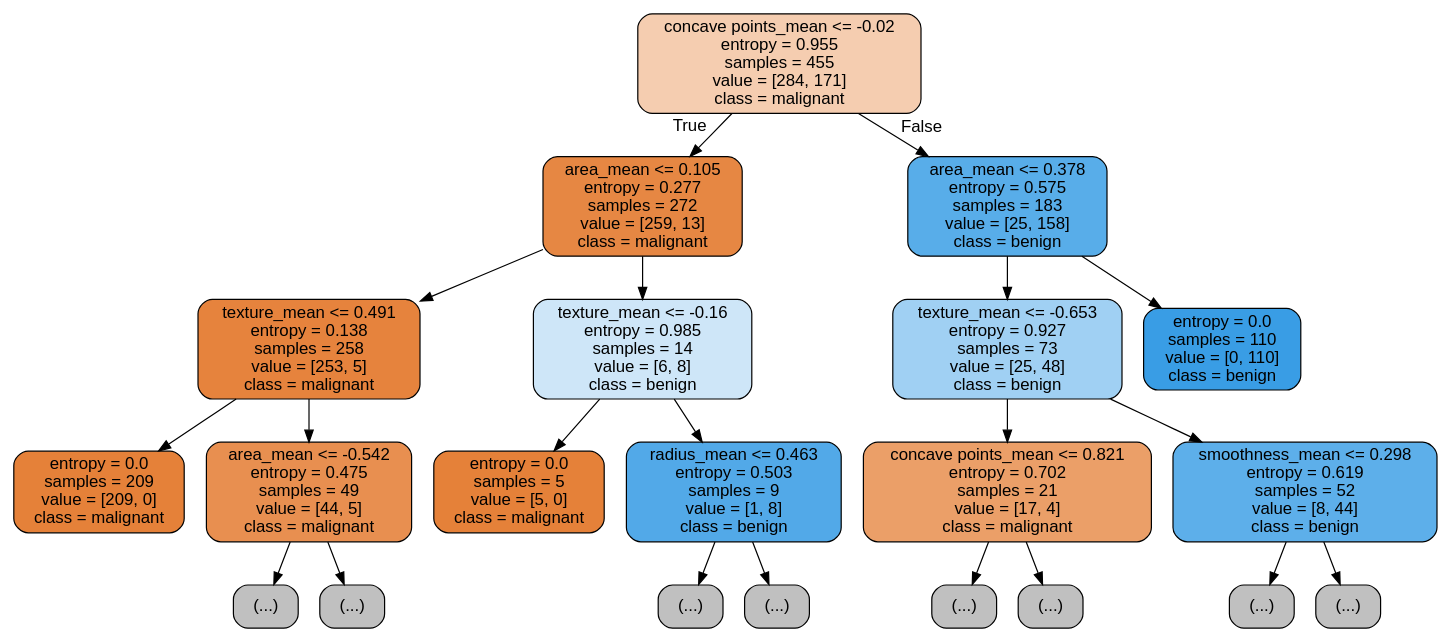
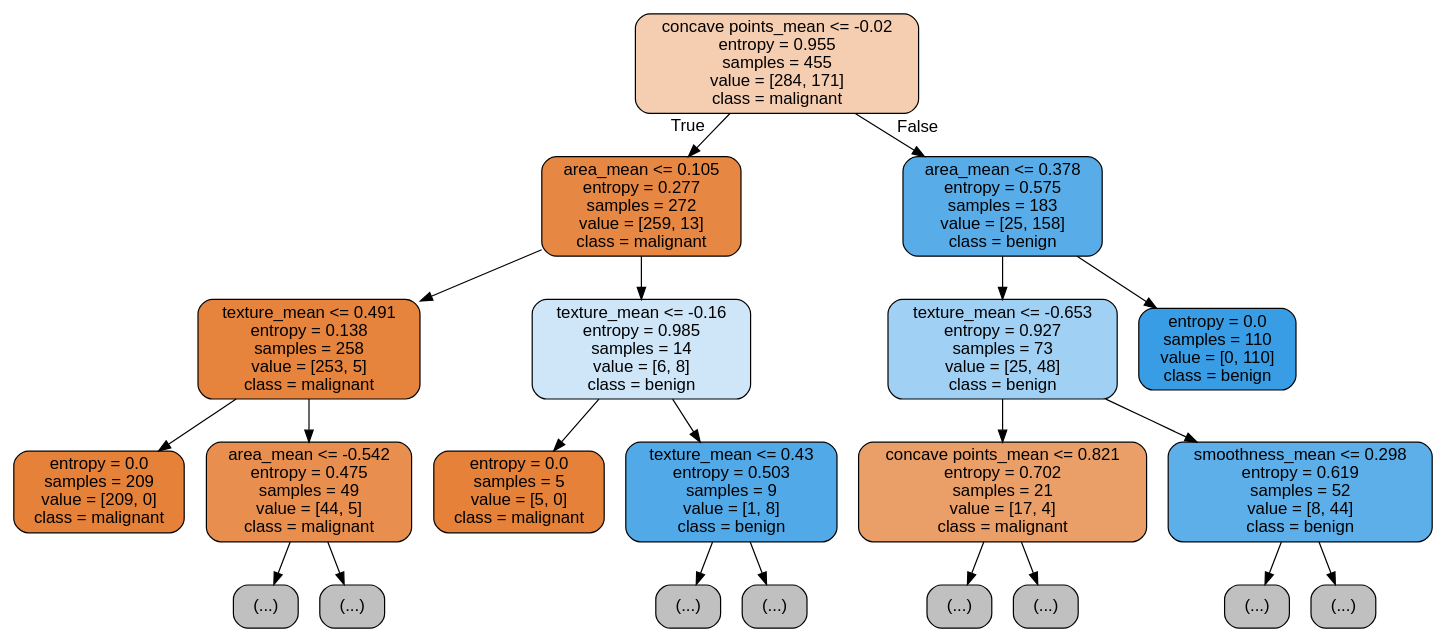
One commit to kaylee01/Assignment3-ML changed the diagram in images/tree.dot. Above: the diagram before and after it, drawn with Graphviz. The commit also changed 1 other file, not shown here.

```diff
--- a/images/tree.dot
+++ b/images/tree.dot
@@ -1,45 +1,45 @@
 digraph Tree {
 node [shape=box, style="filled, rounded", color="black", fontname="helvetica"] ;
 edge [fontname="helvetica"] ;
 0 [label="concave points_mean <= -0.02\nentropy = 0.955\nsamples = 455\nvalue = [284, 171]\nclass = malignant", fillcolor="#f5cdb0"] ;
 1 [label="area_mean <= 0.105\nentropy = 0.277\nsamples = 272\nvalue = [259, 13]\nclass = malignant", fillcolor="#e68743"] ;
 0 -> 1 [labeldistance=2.5, labelangle=45, headlabel="True"] ;
 2 [label="texture_mean <= 0.491\nentropy = 0.138\nsamples = 258\nvalue = [253, 5]\nclass = malignant", fillcolor="#e6833d"] ;
 1 -> 2 ;
 3 [label="entropy = 0.0\nsamples = 209\nvalue = [209, 0]\nclass = malignant", fillcolor="#e58139"] ;
 2 -> 3 ;
 4 [label="area_mean <= -0.542\nentropy = 0.475\nsamples = 49\nvalue = [44, 5]\nclass = malignant", fillcolor="#e88f50"] ;
 2 -> 4 ;
 5 [label="(...)", fillcolor="#C0C0C0"] ;
 4 -> 5 ;
 6 [label="(...)", fillcolor="#C0C0C0"] ;
 4 -> 6 ;
-11 [label="texture_mean <= -0.16\nentropy = 0.985\nsamples = 14\nvalue = [6, 8]\nclass = benign", fillcolor="#cee6f8"] ;
-1 -> 11 ;
-12 [label="entropy = 0.0\nsamples = 5\nvalue = [5, 0]\nclass = malignant", fillcolor="#e58139"] ;
+9 [label="texture_mean <= -0.16\nentropy = 0.985\nsamples = 14\nvalue = [6, 8]\nclass = benign", fillcolor="#cee6f8"] ;
+1 -> 9 ;
+10 [label="entropy = 0.0\nsamples = 5\nvalue = [5, 0]\nclass = malignant", fillcolor="#e58139"] ;
+9 -> 10 ;
+11 [label="texture_mean <= 0.43\nentropy = 0.503\nsamples = 9\nvalue = [1, 8]\nclass = benign", fillcolor="#52a9e8"] ;
+9 -> 11 ;
+12 [label="(...)", fillcolor="#C0C0C0"] ;
 11 -> 12 ;
-13 [label="radius_mean <= 0.463\nentropy = 0.503\nsamples = 9\nvalue = [1, 8]\nclass = benign", fillcolor="#52a9e8"] ;
+13 [label="(...)", fillcolor="#C0C0C0"] ;
 11 -> 13 ;
-14 [label="(...)", fillcolor="#C0C0C0"] ;
-13 -> 14 ;
-15 [label="(...)", fillcolor="#C0C0C0"] ;
-13 -> 15 ;
-16 [label="area_mean <= 0.378\nentropy = 0.575\nsamples = 183\nvalue = [25, 158]\nclass = benign", fillcolor="#58ade9"] ;
-0 -> 16 [labeldistance=2.5, labelangle=-45, headlabel="False"] ;
-17 [label="texture_mean <= -0.653\nentropy = 0.927\nsamples = 73\nvalue = [25, 48]\nclass = benign", fillcolor="#a0d0f3"] ;
+14 [label="area_mean <= 0.378\nentropy = 0.575\nsamples = 183\nvalue = [25, 158]\nclass = benign", fillcolor="#58ade9"] ;
+0 -> 14 [labeldistance=2.5, labelangle=-45, headlabel="False"] ;
+15 [label="texture_mean <= -0.653\nentropy = 0.927\nsamples = 73\nvalue = [25, 48]\nclass = benign", fillcolor="#a0d0f3"] ;
+14 -> 15 ;
+16 [label="concave points_mean <= 0.821\nentropy = 0.702\nsamples = 21\nvalue = [17, 4]\nclass = malignant", fillcolor="#eb9f68"] ;
+15 -> 16 ;
+17 [label="(...)", fillcolor="#C0C0C0"] ;
 16 -> 17 ;
-18 [label="concave points_mean <= 0.821\nentropy = 0.702\nsamples = 21\nvalue = [17, 4]\nclass = malignant", fillcolor="#eb9f68"] ;
-17 -> 18 ;
-19 [label="(...)", fillcolor="#C0C0C0"] ;
-18 -> 19 ;
+20 [label="(...)", fillcolor="#C0C0C0"] ;
+16 -> 20 ;
+21 [label="smoothness_mean <= 0.298\nentropy = 0.619\nsamples = 52\nvalue = [8, 44]\nclass = benign", fillcolor="#5dafea"] ;
+15 -> 21 ;
 22 [label="(...)", fillcolor="#C0C0C0"] ;
-18 -> 22 ;
-23 [label="smoothness_mean <= 0.298\nentropy = 0.619\nsamples = 52\nvalue = [8, 44]\nclass = benign", fillcolor="#5dafea"] ;
-17 -> 23 ;
-24 [label="(...)", fillcolor="#C0C0C0"] ;
-23 -> 24 ;
-29 [label="(...)", fillcolor="#C0C0C0"] ;
-23 -> 29 ;
-32 [label="entropy = 0.0\nsamples = 110\nvalue = [0, 110]\nclass = benign", fillcolor="#399de5"] ;
-16 -> 32 ;
+21 -> 22 ;
+25 [label="(...)", fillcolor="#C0C0C0"] ;
+21 -> 25 ;
+28 [label="entropy = 0.0\nsamples = 110\nvalue = [0, 110]\nclass = benign", fillcolor="#399de5"] ;
+14 -> 28 ;
 }
```
